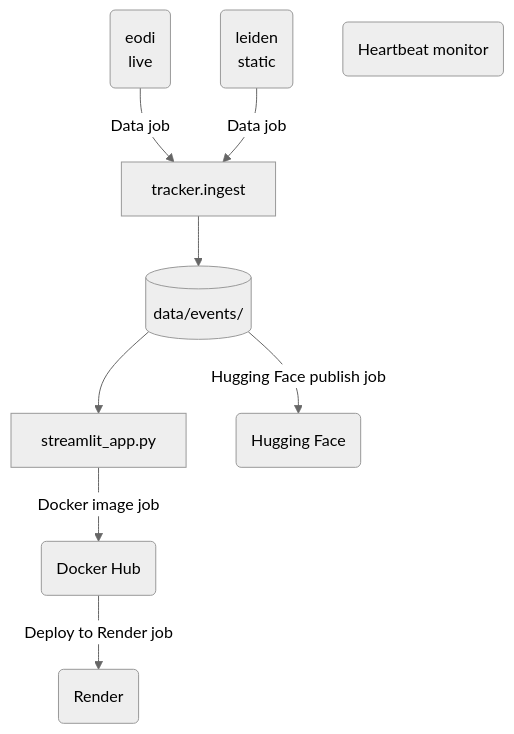
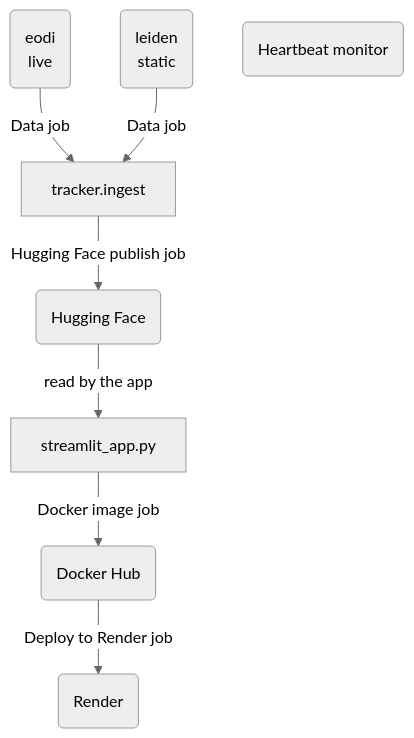
Before and after one commit to tryph0n/hybrid-tracker: the first of 3 diagrams in docs/architecture.md, drawn with Mermaid (neutral theme). The commit also changed other lines of this file and 19 other files, not shown here.

````diff
--- a/docs/architecture.md
+++ b/docs/architecture.md
@@ -27,19 +29,17 @@
 ```mermaid
 flowchart TB
   source_eodi("eodi<br/>live")
   source_leiden("leiden<br/>static")
   ingest["tracker.ingest"]
-  events[("data/events/")]
   app["streamlit_app.py"]
   service_Docker_Hub("Docker Hub")
   service_Render("Render")
   service_Hugging_Face("Hugging Face")
   service_Heartbeat_monitor("Heartbeat monitor")
   source_eodi -->|"Data job"| ingest
   source_leiden -->|"Data job"| ingest
-  ingest --> events
-  events --> app
   app -->|"Docker image job"| service_Docker_Hub
   service_Docker_Hub -->|"Deploy to Render job"| service_Render
-  events -->|"Hugging Face publish job"| service_Hugging_Face
+  ingest -->|"Hugging Face publish job"| service_Hugging_Face
+  service_Hugging_Face -->|read by the app| app
 ```
````
